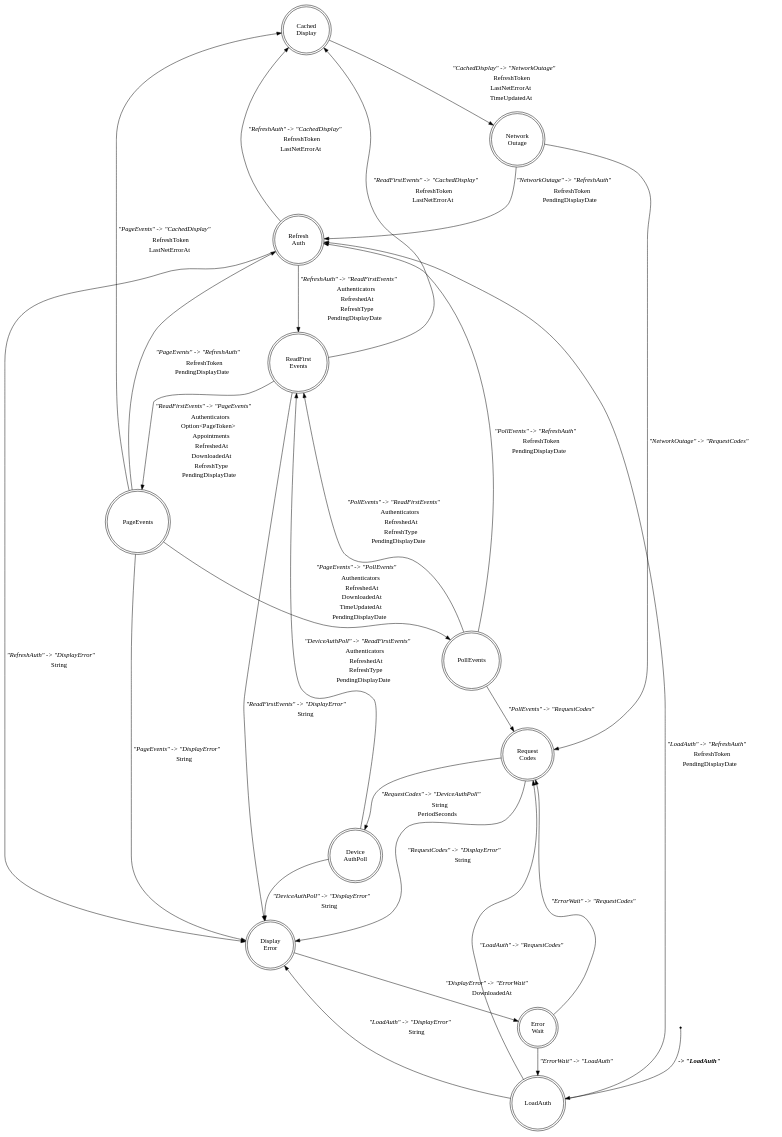
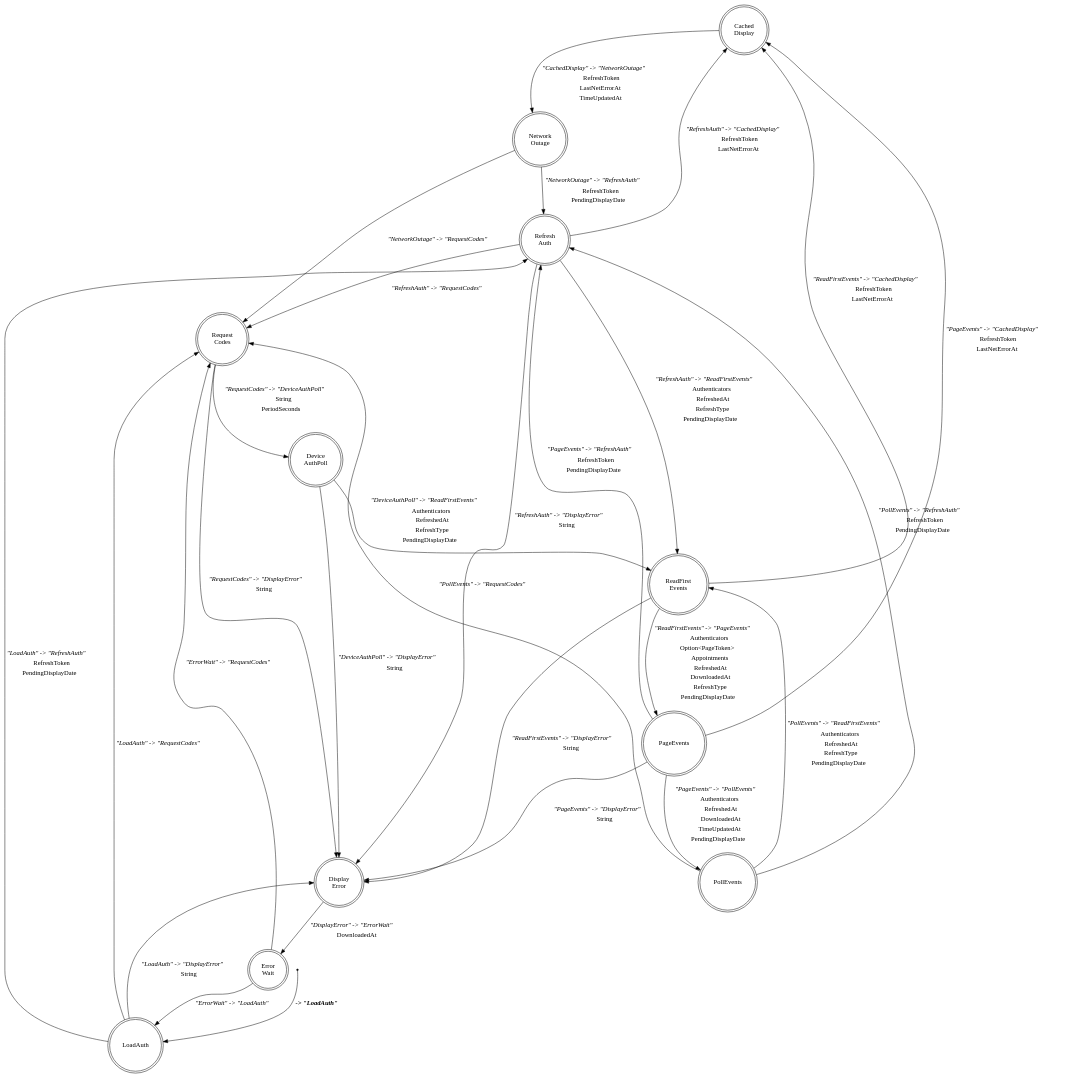
The diagram in docs/cal_machine.dot (kieranjwhite/calendar_mirror), drawn with Graphviz before and after one commit. The commit also changed 3 other files, not shown here.

```diff
--- a/docs/cal_machine.dot
+++ b/docs/cal_machine.dot
@@ -1,41 +1,42 @@
 digraph cal_stm {
     CachedDisplay[label="Cached\nDisplay"][shape="doublecircle"];
     DeviceAuthPoll[label="Device\nAuthPoll"][shape="doublecircle"];
     DisplayError[label="Display\nError"][shape="doublecircle"];
     ErrorWait[label="Error\nWait"][shape="doublecircle"];
     LoadAuth[label="LoadAuth"][shape="doublecircle"];
     NetworkOutage[label="Network\nOutage"][shape="doublecircle"];
     PageEvents[label="PageEvents"][shape="doublecircle"];
     PollEvents[label="PollEvents"][shape="doublecircle"];
     ReadFirstEvents[label="ReadFirst\nEvents"][shape="doublecircle"];
     RefreshAuth[label="Refresh\nAuth"][shape="doublecircle"];
     RequestCodes[label="Request\nCodes"][shape="doublecircle"];
     _start[label="_start"][shape="point"];
     _start -> LoadAuth[label=<<TABLE BORDER="0"><TR><TD><B><I> -&gt; "LoadAuth"</I></B></TD></TR></TABLE>>];
     ErrorWait -> LoadAuth[label=<<TABLE BORDER="0"><TR><TD><I>"ErrorWait" -&gt; "LoadAuth"</I></TD></TR></TABLE>>];
     DisplayError -> ErrorWait[label=<<TABLE BORDER="0"><TR><TD><I>"DisplayError" -&gt; "ErrorWait"</I></TD></TR><TR><TD>DownloadedAt</TD></TR></TABLE>>];
     ErrorWait -> RequestCodes[label=<<TABLE BORDER="0"><TR><TD><I>"ErrorWait" -&gt; "RequestCodes"</I></TD></TR></TABLE>>];
     LoadAuth -> RequestCodes[label=<<TABLE BORDER="0"><TR><TD><I>"LoadAuth" -&gt; "RequestCodes"</I></TD></TR></TABLE>>];
     NetworkOutage -> RequestCodes[label=<<TABLE BORDER="0"><TR><TD><I>"NetworkOutage" -&gt; "RequestCodes"</I></TD></TR></TABLE>>];
     PollEvents -> RequestCodes[label=<<TABLE BORDER="0"><TR><TD><I>"PollEvents" -&gt; "RequestCodes"</I></TD></TR></TABLE>>];
+    RefreshAuth -> RequestCodes[label=<<TABLE BORDER="0"><TR><TD><I>"RefreshAuth" -&gt; "RequestCodes"</I></TD></TR></TABLE>>];
     LoadAuth -> RefreshAuth[label=<<TABLE BORDER="0"><TR><TD><I>"LoadAuth" -&gt; "RefreshAuth"</I></TD></TR><TR><TD>RefreshToken</TD></TR><TR><TD>PendingDisplayDate</TD></TR></TABLE>>];
     NetworkOutage -> RefreshAuth[label=<<TABLE BORDER="0"><TR><TD><I>"NetworkOutage" -&gt; "RefreshAuth"</I></TD></TR><TR><TD>RefreshToken</TD></TR><TR><TD>PendingDisplayDate</TD></TR></TABLE>>];
     PageEvents -> RefreshAuth[label=<<TABLE BORDER="0"><TR><TD><I>"PageEvents" -&gt; "RefreshAuth"</I></TD></TR><TR><TD>RefreshToken</TD></TR><TR><TD>PendingDisplayDate</TD></TR></TABLE>>];
     PollEvents -> RefreshAuth[label=<<TABLE BORDER="0"><TR><TD><I>"PollEvents" -&gt; "RefreshAuth"</I></TD></TR><TR><TD>RefreshToken</TD></TR><TR><TD>PendingDisplayDate</TD></TR></TABLE>>];
     DeviceAuthPoll -> ReadFirstEvents[label=<<TABLE BORDER="0"><TR><TD><I>"DeviceAuthPoll" -&gt; "ReadFirstEvents"</I></TD></TR><TR><TD>Authenticators</TD></TR><TR><TD>RefreshedAt</TD></TR><TR><TD>RefreshType</TD></TR><TR><TD>PendingDisplayDate</TD></TR></TABLE>>];
     RefreshAuth -> ReadFirstEvents[label=<<TABLE BORDER="0"><TR><TD><I>"RefreshAuth" -&gt; "ReadFirstEvents"</I></TD></TR><TR><TD>Authenticators</TD></TR><TR><TD>RefreshedAt</TD></TR><TR><TD>RefreshType</TD></TR><TR><TD>PendingDisplayDate</TD></TR></TABLE>>];
     PollEvents -> ReadFirstEvents[label=<<TABLE BORDER="0"><TR><TD><I>"PollEvents" -&gt; "ReadFirstEvents"</I></TD></TR><TR><TD>Authenticators</TD></TR><TR><TD>RefreshedAt</TD></TR><TR><TD>RefreshType</TD></TR><TR><TD>PendingDisplayDate</TD></TR></TABLE>>];
     RequestCodes -> DeviceAuthPoll[label=<<TABLE BORDER="0"><TR><TD><I>"RequestCodes" -&gt; "DeviceAuthPoll"</I></TD></TR><TR><TD>String</TD></TR><TR><TD>PeriodSeconds</TD></TR></TABLE>>];
     LoadAuth -> DisplayError[label=<<TABLE BORDER="0"><TR><TD><I>"LoadAuth" -&gt; "DisplayError"</I></TD></TR><TR><TD>String</TD></TR></TABLE>>];
     PageEvents -> DisplayError[label=<<TABLE BORDER="0"><TR><TD><I>"PageEvents" -&gt; "DisplayError"</I></TD></TR><TR><TD>String</TD></TR></TABLE>>];
     DeviceAuthPoll -> DisplayError[label=<<TABLE BORDER="0"><TR><TD><I>"DeviceAuthPoll" -&gt; "DisplayError"</I></TD></TR><TR><TD>String</TD></TR></TABLE>>];
     ReadFirstEvents -> DisplayError[label=<<TABLE BORDER="0"><TR><TD><I>"ReadFirstEvents" -&gt; "DisplayError"</I></TD></TR><TR><TD>String</TD></TR></TABLE>>];
     RefreshAuth -> DisplayError[label=<<TABLE BORDER="0"><TR><TD><I>"RefreshAuth" -&gt; "DisplayError"</I></TD></TR><TR><TD>String</TD></TR></TABLE>>];
     RequestCodes -> DisplayError[label=<<TABLE BORDER="0"><TR><TD><I>"RequestCodes" -&gt; "DisplayError"</I></TD></TR><TR><TD>String</TD></TR></TABLE>>];
     ReadFirstEvents -> PageEvents[label=<<TABLE BORDER="0"><TR><TD><I>"ReadFirstEvents" -&gt; "PageEvents"</I></TD></TR><TR><TD>Authenticators</TD></TR><TR><TD>Option&lt;PageToken&gt;</TD></TR><TR><TD>Appointments</TD></TR><TR><TD>RefreshedAt</TD></TR><TR><TD>DownloadedAt</TD></TR><TR><TD>RefreshType</TD></TR><TR><TD>PendingDisplayDate</TD></TR></TABLE>>];
     PageEvents -> PollEvents[label=<<TABLE BORDER="0"><TR><TD><I>"PageEvents" -&gt; "PollEvents"</I></TD></TR><TR><TD>Authenticators</TD></TR><TR><TD>RefreshedAt</TD></TR><TR><TD>DownloadedAt</TD></TR><TR><TD>TimeUpdatedAt</TD></TR><TR><TD>PendingDisplayDate</TD></TR></TABLE>>];
     RefreshAuth -> CachedDisplay[label=<<TABLE BORDER="0"><TR><TD><I>"RefreshAuth" -&gt; "CachedDisplay"</I></TD></TR><TR><TD>RefreshToken</TD></TR><TR><TD>LastNetErrorAt</TD></TR></TABLE>>];
     ReadFirstEvents -> CachedDisplay[label=<<TABLE BORDER="0"><TR><TD><I>"ReadFirstEvents" -&gt; "CachedDisplay"</I></TD></TR><TR><TD>RefreshToken</TD></TR><TR><TD>LastNetErrorAt</TD></TR></TABLE>>];
     PageEvents -> CachedDisplay[label=<<TABLE BORDER="0"><TR><TD><I>"PageEvents" -&gt; "CachedDisplay"</I></TD></TR><TR><TD>RefreshToken</TD></TR><TR><TD>LastNetErrorAt</TD></TR></TABLE>>];
     CachedDisplay -> NetworkOutage[label=<<TABLE BORDER="0"><TR><TD><I>"CachedDisplay" -&gt; "NetworkOutage"</I></TD></TR><TR><TD>RefreshToken</TD></TR><TR><TD>LastNetErrorAt</TD></TR><TR><TD>TimeUpdatedAt</TD></TR></TABLE>>];
 }
```
